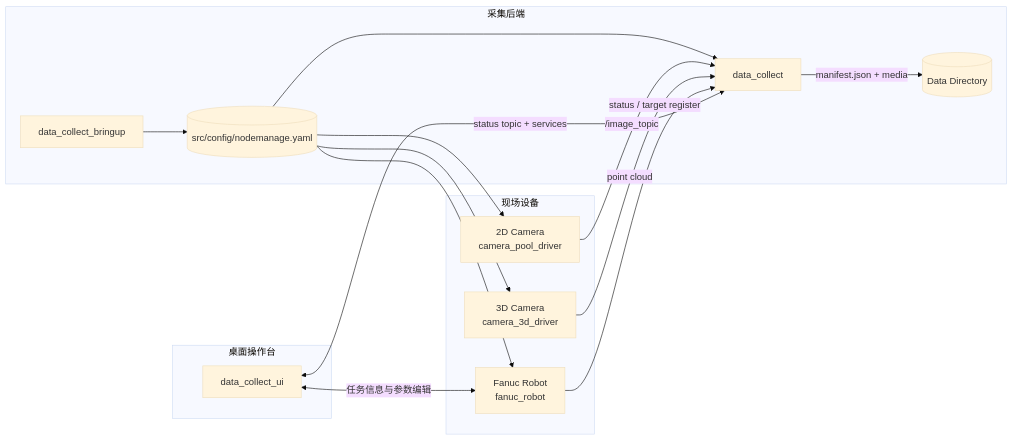
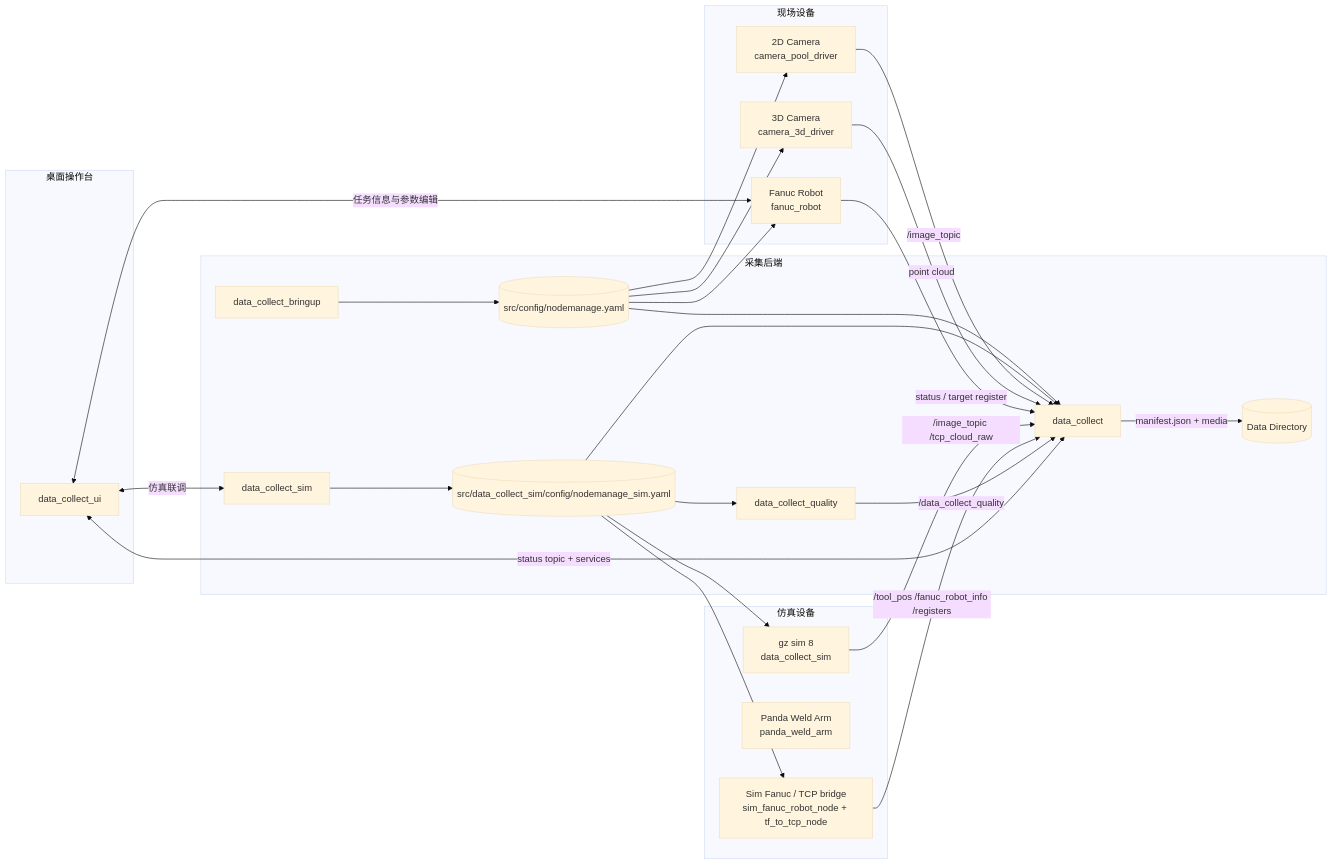
The diagram in docs/README.md (MzKyle/Robot-Sim), drawn with Mermaid (base theme) before and after one commit. The commit also changed other lines of this file and 38 other files, not shown here.

````diff
--- a/docs/README.md
+++ b/docs/README.md
@@ -43,34 +44,52 @@
 ```mermaid
 flowchart LR
     subgraph Devices[现场设备]
         C2D[2D Camera\ncamera_pool_driver]
         C3D[3D Camera\ncamera_3d_driver]
         FANUC[Fanuc Robot\nfanuc_robot]
     end
 
+  subgraph Sim[仿真设备]
+    GZ[gz sim 8\ndata_collect_sim]
+    PANDA[Panda Weld Arm\npanda_weld_arm]
+    SIMF[Sim Fanuc / TCP bridge\nsim_fanuc_robot_node + tf_to_tcp_node]
+  end
+
     subgraph Runtime[采集后端]
         BRINGUP[data_collect_bringup]
+    SIMBRINGUP[data_collect_sim]
         CFG[(src/config/nodemanage.yaml)]
+    SIMCFG[(src/data_collect_sim/config/nodemanage_sim.yaml)]
         COLLECT[data_collect]
         STORAGE[(Data Directory)]
+    QUALITY[data_collect_quality]
     end
 
     subgraph Client[桌面操作台]
         UI[data_collect_ui]
     end
 
     BRINGUP --> CFG
+    SIMBRINGUP --> SIMCFG
     CFG --> C2D
     CFG --> C3D
     CFG --> FANUC
     CFG --> COLLECT
+    SIMCFG --> GZ
+    SIMCFG --> SIMF
+    SIMCFG --> QUALITY
+    SIMCFG --> COLLECT
 
     C2D -->|/image_topic| COLLECT
     C3D -->|point cloud| COLLECT
     FANUC -->|status / target register| COLLECT
+    GZ -->|/image_topic /tcp_cloud_raw| COLLECT
+    SIMF -->|/tool_pos /fanuc_robot_info /registers| COLLECT
+    QUALITY -->|/data_collect_quality| COLLECT
 
     UI <--> |status topic + services| COLLECT
     UI <--> |任务信息与参数编辑| FANUC
+    UI <--> |仿真联调| SIMBRINGUP
 
     COLLECT -->|manifest.json + media| STORAGE
 ```
````
